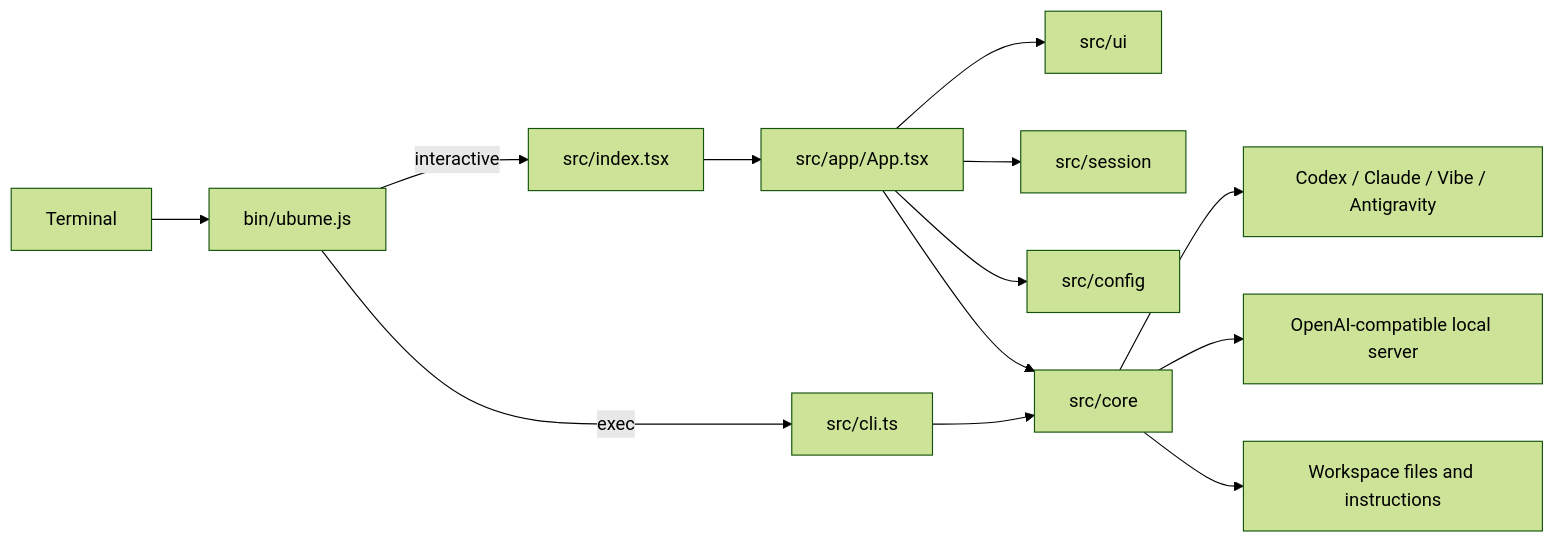
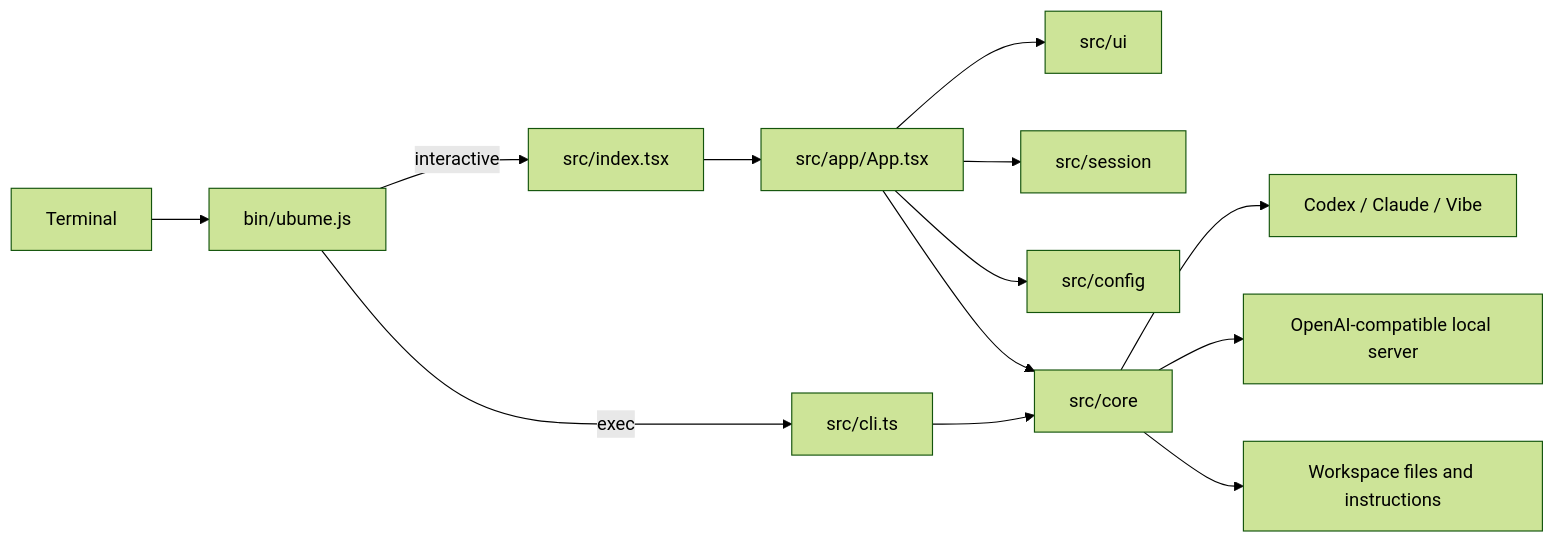
One commit to golba98/Codexa changed the diagram in docs/DOCUMENTATION.md. Above: the diagram before and after it, drawn with Mermaid (forest theme). The commit also changed 57 other files, not shown here.

````diff
--- a/docs/DOCUMENTATION.md
+++ b/docs/DOCUMENTATION.md
@@ -9,15 +9,15 @@
 ```mermaid
 flowchart LR
   Terminal --> Launcher[bin/ubume.js]
   Launcher -->|interactive| Entry[src/index.tsx]
   Launcher -->|exec| Headless[src/cli.ts]
   Entry --> App[src/app/App.tsx]
   App --> UI[src/ui]
   App --> Session[src/session]
   App --> Config[src/config]
   App --> Core[src/core]
   Headless --> Core
-  Core --> CLIs[Codex / Claude / Vibe / Antigravity]
+  Core --> CLIs[Codex / Claude / Vibe]
   Core --> Local[OpenAI-compatible local server]
   Core --> Workspace[Workspace files and instructions]
 ```
````
